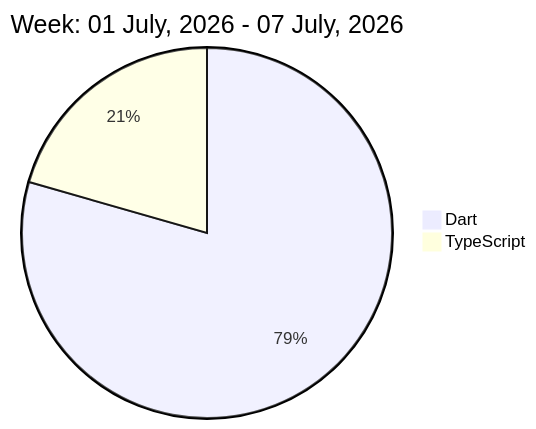
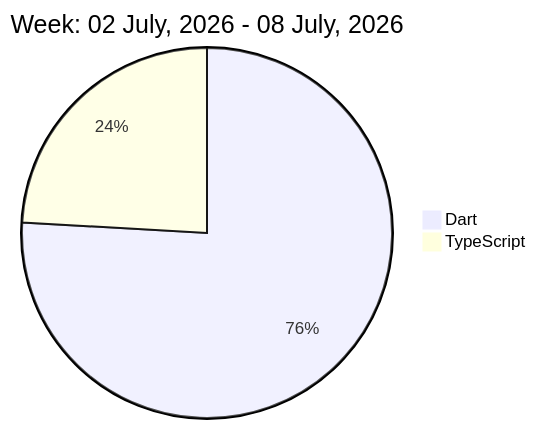
Before and after one commit to liubin95/liubin95: the diagram in README.md, drawn with Mermaid.

Commit message:
Updated the Graph with new Metrics

````diff
--- a/README.md
+++ b/README.md
@@ -32,6 +32,6 @@
 ```mermaid
  pie
-title Week: 01 July, 2026 - 07 July, 2026
- "Dart" : 12.17
- "TypeScript" : 3.15
+title Week: 02 July, 2026 - 08 July, 2026
+ "Dart" : 10.65
+ "TypeScript" : 3.38
 ```
````
